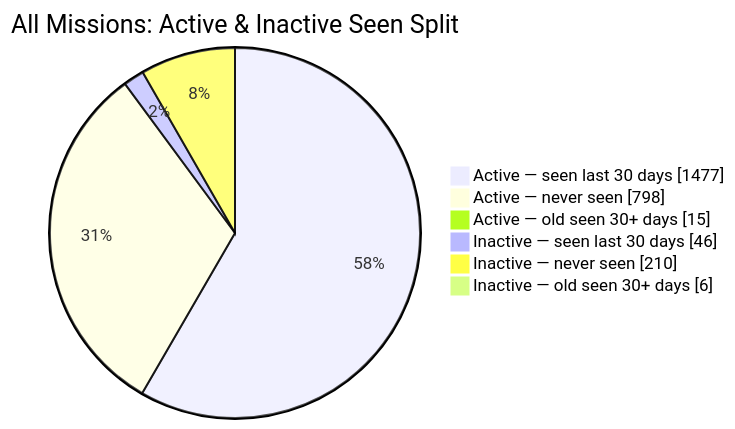
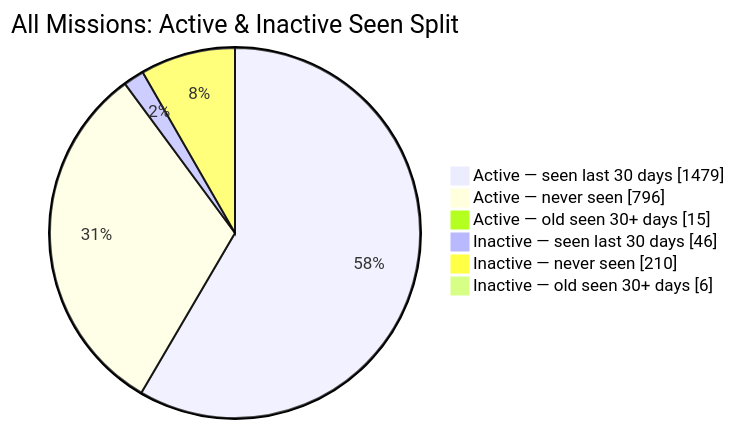
The second of 2 diagrams in README.md (MeldkamerspelGameTeam/active-missions), drawn with Mermaid before and after one commit. The commit also changed other lines of this file and 2 other files, not shown here.

````diff
--- a/README.md
+++ b/README.md
@@ -44,10 +44,10 @@
 ```mermaid
 pie showData
     title All Missions: Active & Inactive Seen Split
-    "Active — seen last 30 days" : 1477
-    "Active — never seen" : 798
+    "Active — seen last 30 days" : 1479
+    "Active — never seen" : 796
     "Active — old seen 30+ days" : 15
     "Inactive — seen last 30 days" : 46
     "Inactive — never seen" : 210
     "Inactive — old seen 30+ days" : 6
 ```
````
